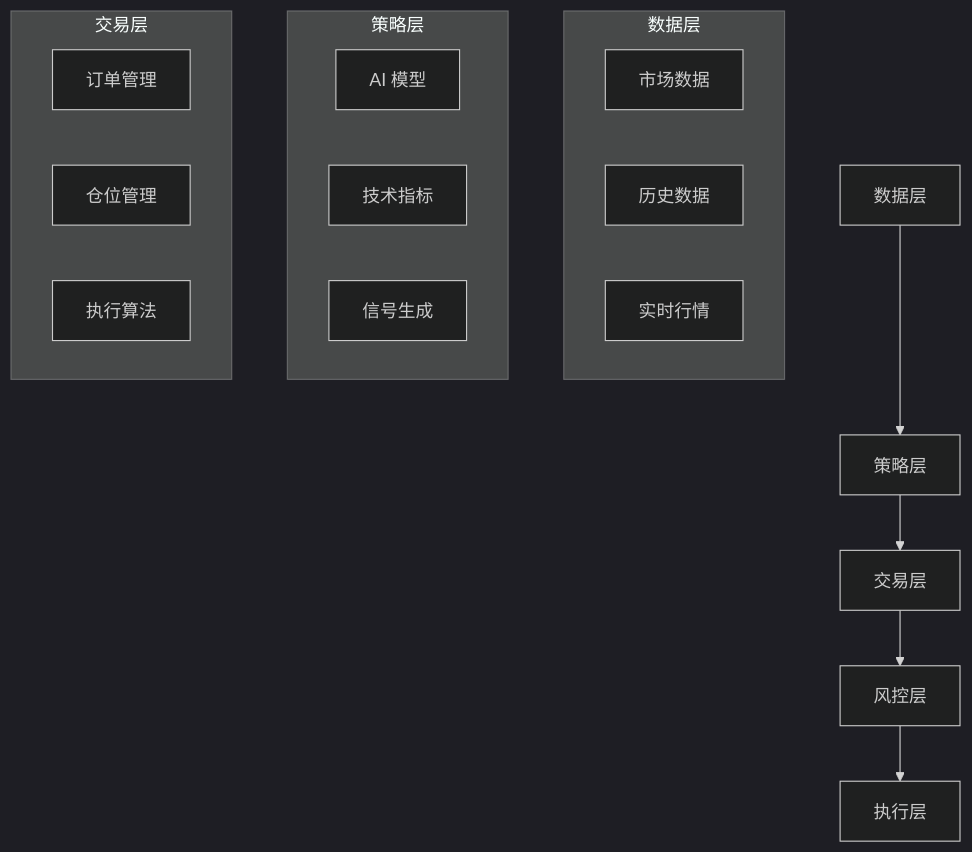
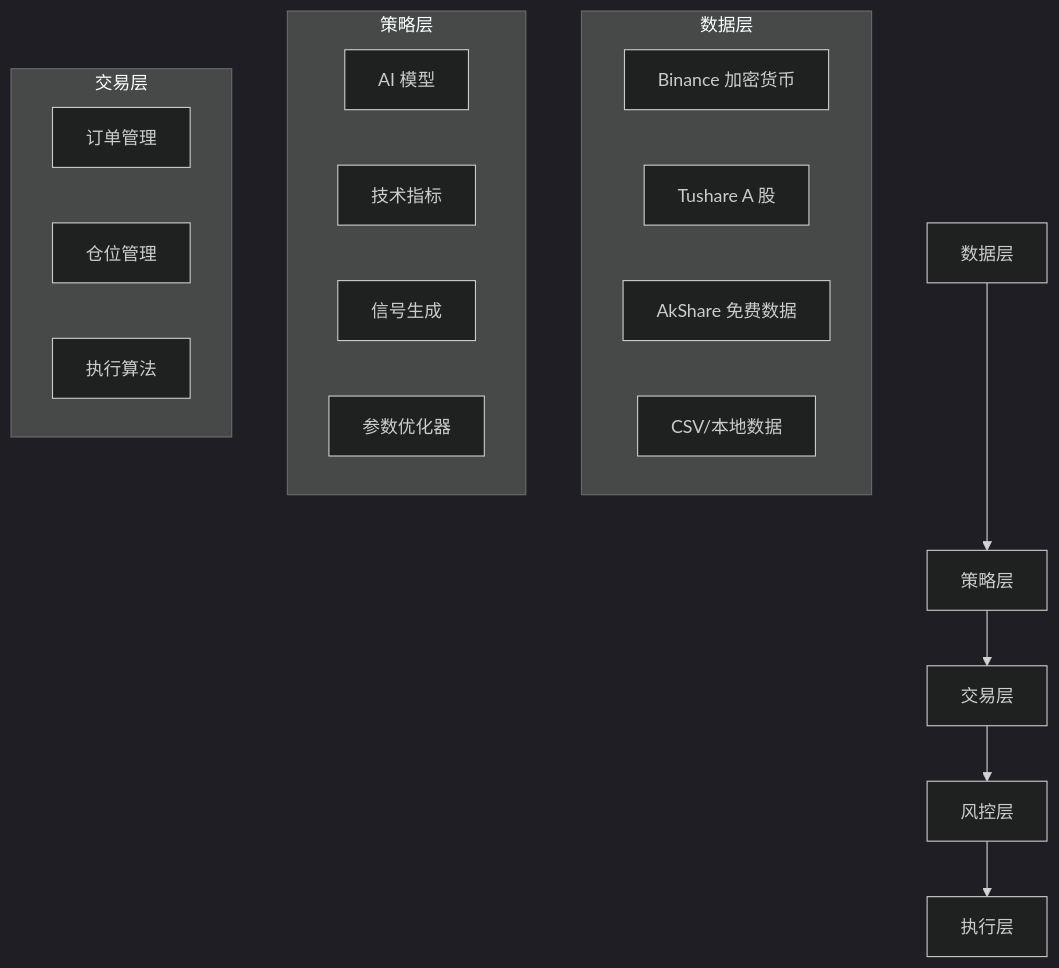
One commit to bobipika2026/openfinagent changed the diagram in docs-site/docs/index.md. Above: the diagram before and after it, drawn with Mermaid (dark theme). The commit also changed other lines of this file and 21 other files, not shown here.

````diff
--- a/docs-site/docs/index.md
+++ b/docs-site/docs/index.md
@@ -38,25 +47,27 @@
 ```mermaid
 graph TB
     A[数据层] --> B[策略层]
     B --> C[交易层]
     C --> D[风控层]
     D --> E[执行层]
     
     subgraph 数据层
-        A1[市场数据]
-        A2[历史数据]
-        A3[实时行情]
+        A1[Binance 加密货币]
+        A2[Tushare A 股]
+        A3[AkShare 免费数据]
+        A4[CSV/本地数据]
     end
     
     subgraph 策略层
         B1[AI 模型]
         B2[技术指标]
         B3[信号生成]
+        B4[参数优化器]
     end
     
     subgraph 交易层
         C1[订单管理]
         C2[仓位管理]
         C3[执行算法]
     end
 ```
````
